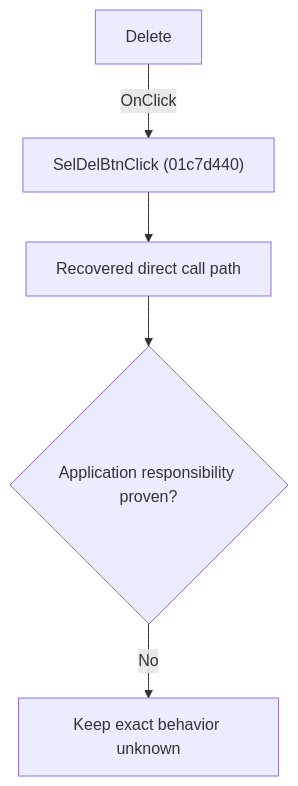
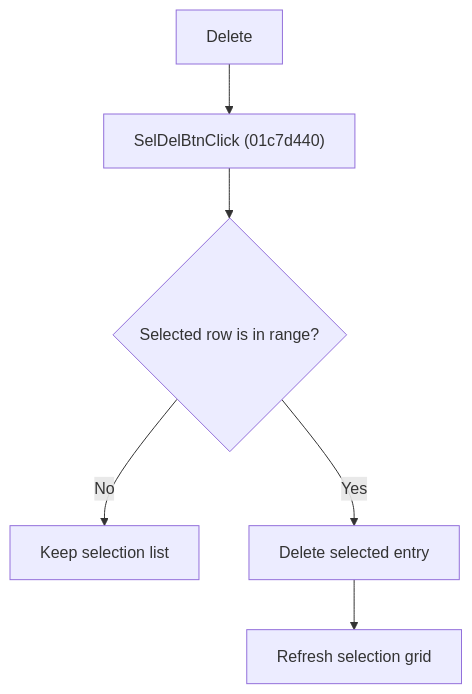
One commit to MovGP0/TIARA changed the diagram in docs/ui-controls/schematiceditor/seldelbtn-427853ad3c.md. Above: the diagram before and after it, drawn with Mermaid. The commit also changed other lines of this file and 241 other files, not shown here.

````diff
--- a/docs/ui-controls/schematiceditor/seldelbtn-427853ad3c.md
+++ b/docs/ui-controls/schematiceditor/seldelbtn-427853ad3c.md
@@ -27,7 +20,8 @@
 ```mermaid
 flowchart TD
-    control["Delete"] -->|"OnClick"| handler["SelDelBtnClick (01c7d440)"]
-    handler --> recovered["Recovered direct call path"]
-    recovered --> gap{"Application responsibility proven?"}
-    gap -->|"No"| blocked["Keep exact behavior unknown"]
+    control["Delete"] --> handler["SelDelBtnClick (01c7d440)"]
+    handler --> valid{"Selected row is in range?"}
+    valid -->|"No"| noop["Keep selection list"]
+    valid -->|"Yes"| remove["Delete selected entry"]
+    remove --> refresh["Refresh selection grid"]
 ```
````
